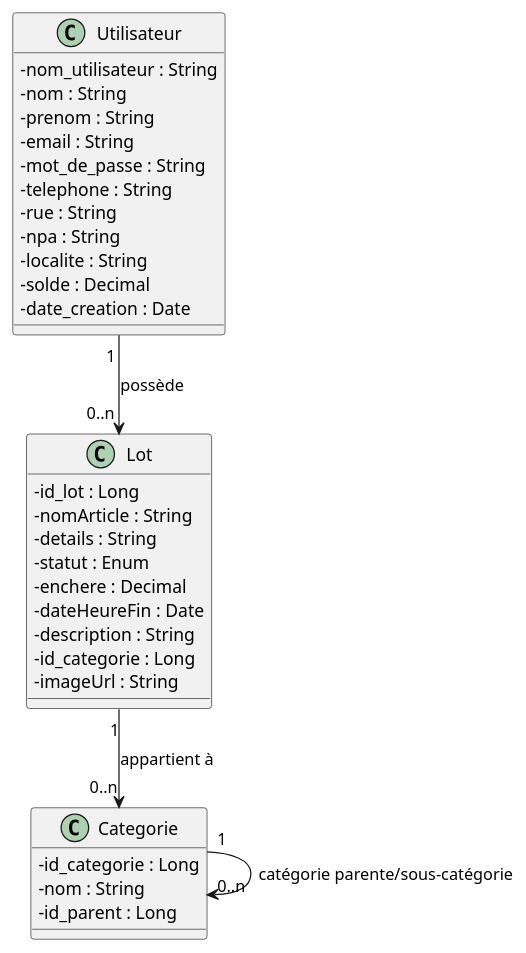
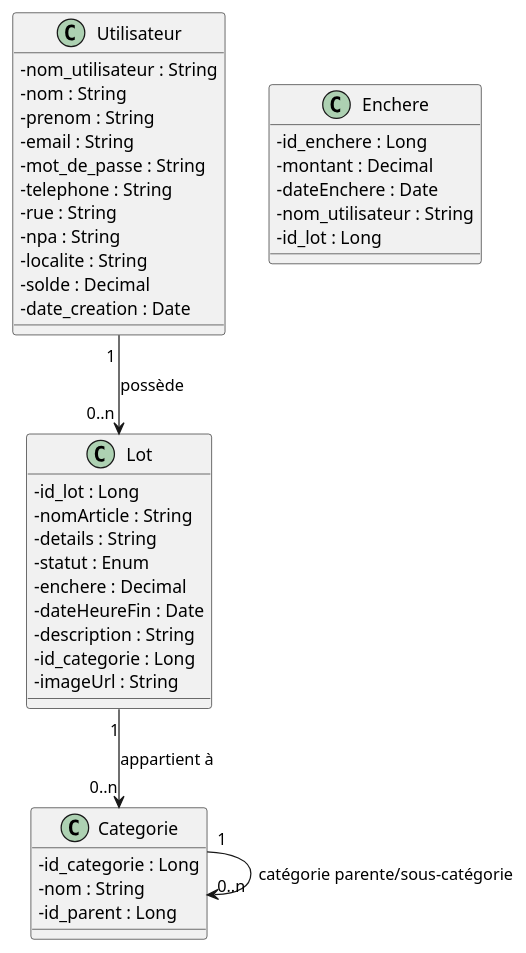
Before and after one commit to ETML-ES-LABEFE-SAM-YOAN/BACKEND: the diagram in docs/domain_model.puml, drawn with PlantUML. The commit also changed 2 other files, not shown here.

```diff
--- a/docs/domain_model.puml
+++ b/docs/domain_model.puml
@@ -1,41 +1,49 @@
 @startuml
 
 skinparam classAttributeIconSize 0
 
 class Utilisateur {
     - nom_utilisateur : String
     - nom : String
     - prenom : String
     - email : String
     - mot_de_passe : String
     - telephone : String
     - rue : String
     - npa : String
     - localite : String
     - solde : Decimal
     - date_creation : Date
 }
 
 class Lot {
     - id_lot : Long
     - nomArticle : String
     - details : String
     - statut : Enum
     - enchere : Decimal
     - dateHeureFin : Date
     - description : String
     - id_categorie : Long
     - imageUrl : String
 }
 
 class Categorie {
     - id_categorie : Long
     - nom : String
     - id_parent : Long
 }
 
+class Enchere {
+    - id_enchere : Long
+    - montant : Decimal
+    - dateEnchere : Date
+    - nom_utilisateur : String
+    - id_lot : Long
+}
+
 Utilisateur "1 " --> "0..n " Lot : "possède"
 Lot "1" --> "0..n" Categorie : "appartient à"
 Categorie "1" --> "0..n" Categorie : "catégorie parente/sous-catégorie"
 
 @enduml
```
